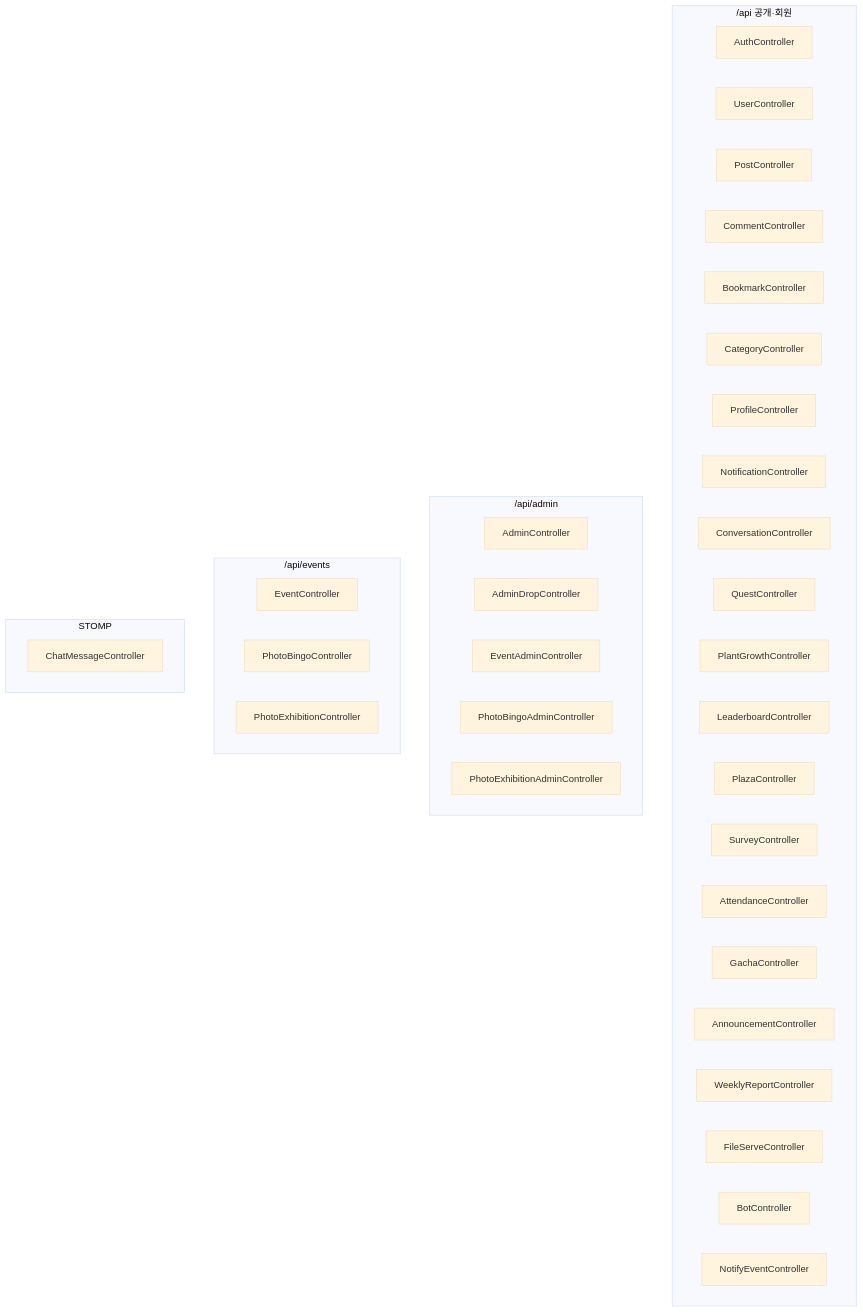
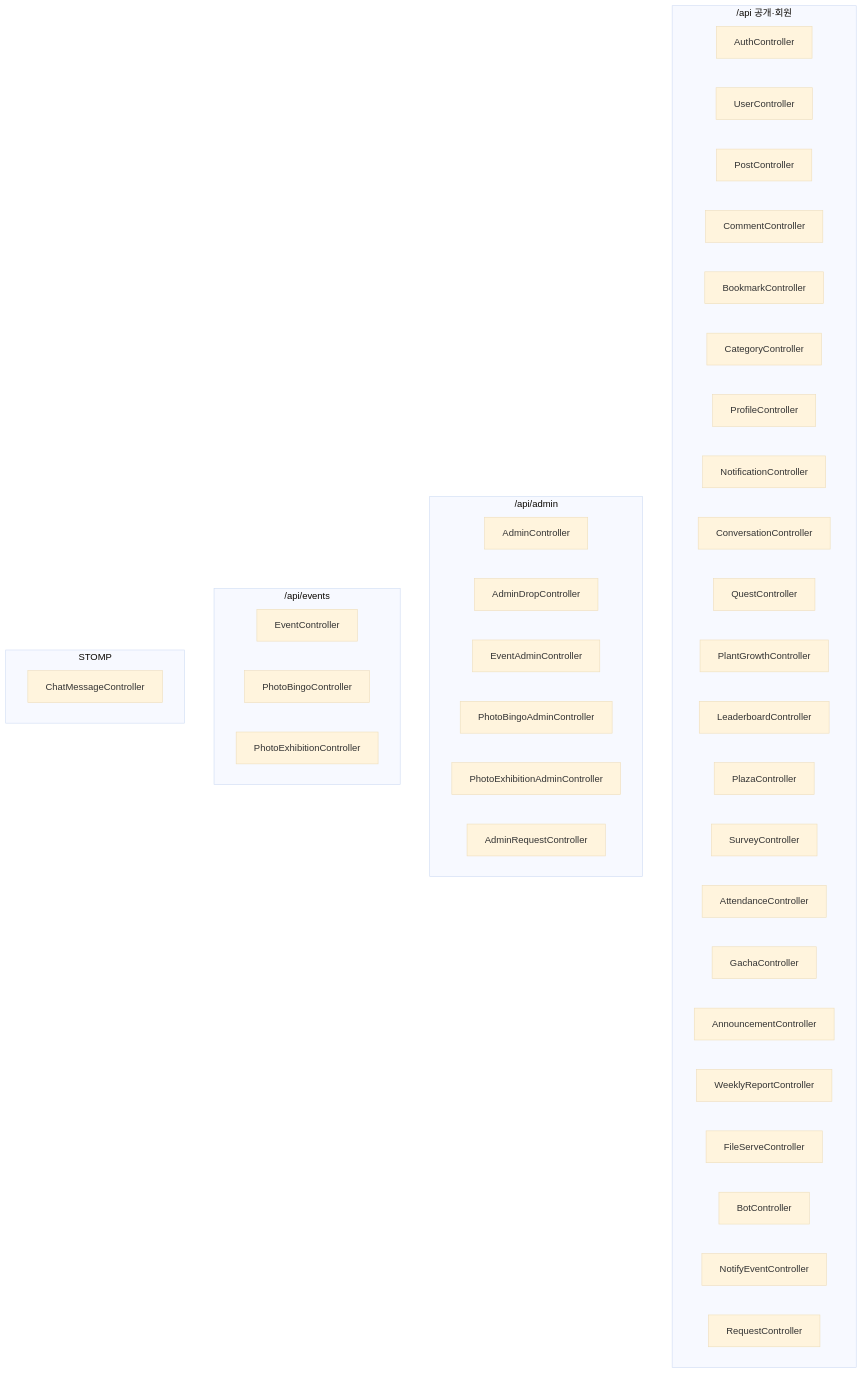
The diagram in docs/backend/30-components/controller-structure.md (Justant-source/Green-Forest), drawn with Mermaid (base theme) before and after one commit. The commit also changed other lines of this file and 72 other files, not shown here.

First line of the commit message:
feat: add snack/supply request tab with SSG catalog and admin history

````diff
--- a/docs/backend/30-components/controller-structure.md
+++ b/docs/backend/30-components/controller-structure.md
@@ -33,41 +33,43 @@
 ```mermaid
 flowchart TB
   subgraph api["/api 공개·회원"]
     AuthController
     UserController
     PostController
     CommentController
     BookmarkController
     CategoryController
     ProfileController
     NotificationController
     ConversationController
     QuestController
     PlantGrowthController
     LeaderboardController
     PlazaController
     SurveyController
     AttendanceController
     GachaController
     AnnouncementController
     WeeklyReportController
     FileServeController
     BotController
     NotifyEventController
+    RequestController
   end
   subgraph admin["/api/admin"]
     AdminController
     AdminDropController
     EventAdminController
     PhotoBingoAdminController
     PhotoExhibitionAdminController
+    AdminRequestController
   end
   subgraph event["/api/events"]
     EventController
     PhotoBingoController
     PhotoExhibitionController
   end
   subgraph ws["STOMP"]
     ChatMessageController
   end
 ```
````
